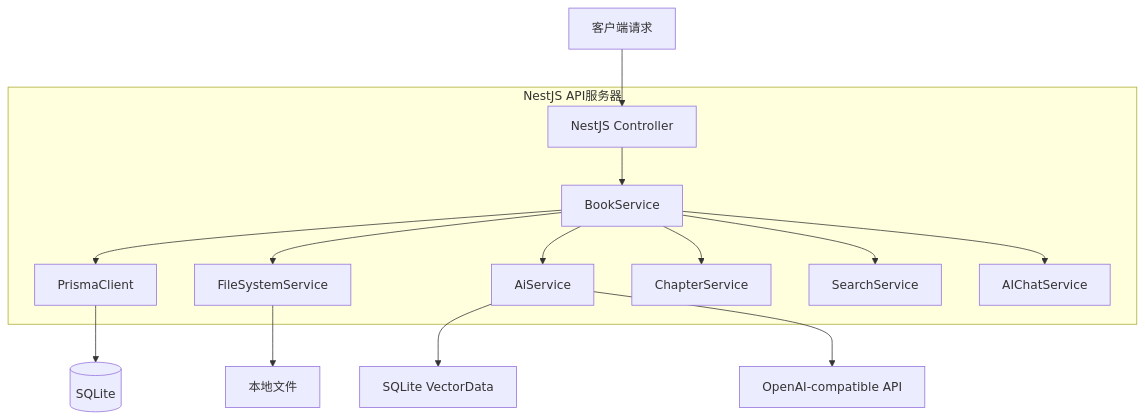
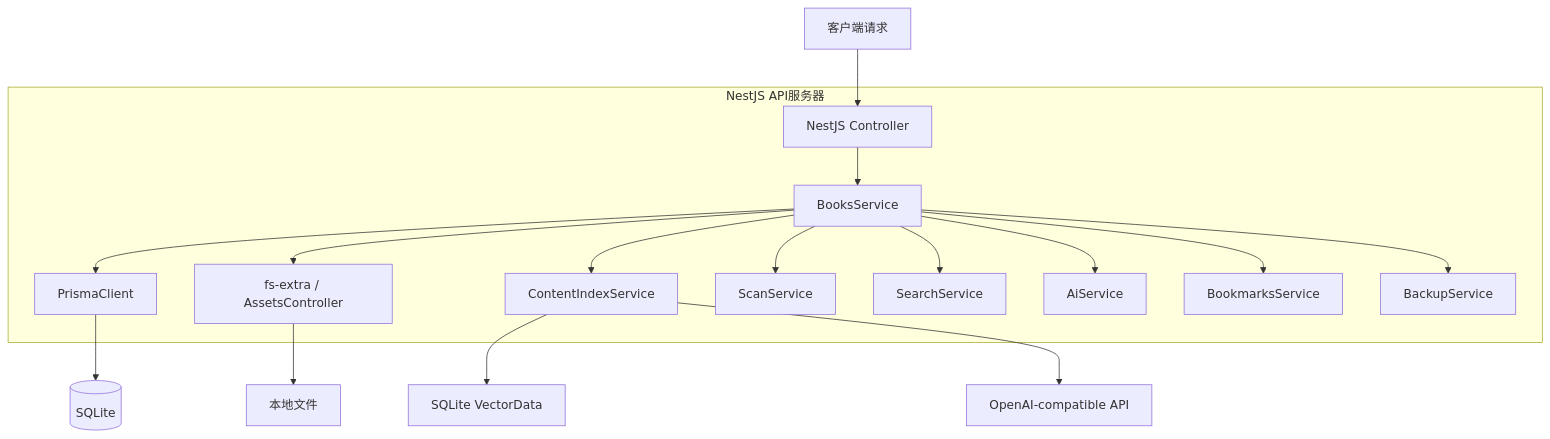
Before and after one commit to xiaobuliukun/ai-rag: the second of 3 diagrams in docs/technical_architecture_document.md, drawn with Mermaid. The commit also changed other lines of this file and 85 other files, not shown here.

````diff
--- a/docs/technical_architecture_document.md
+++ b/docs/technical_architecture_document.md
@@ -226,24 +229,26 @@
 ```mermaid
 graph TD
     A[客户端请求] --> B[NestJS Controller]
     B --> C[服务层]
     C --> D[数据访问层]
     C --> E[文件系统层]
     C --> F[AI服务层]
     
     subgraph "NestJS API服务器"
         B
-        C[BookService]
-        C --> G[ChapterService]
+        C[BooksService]
+        C --> G[ScanService]
         C --> H[SearchService]
-        C --> I[AIChatService]
+        C --> I[AiService]
+        C --> N[BookmarksService]
+        C --> O[BackupService]
         D[PrismaClient]
-        E[FileSystemService]
-        F[AiService]
+        E[fs-extra / AssetsController]
+        F[ContentIndexService]
     end
     
     D --> J[(SQLite)]
     E --> K[本地文件]
     F --> L[SQLite VectorData]
     F --> M[OpenAI-compatible API]
 ```
````
